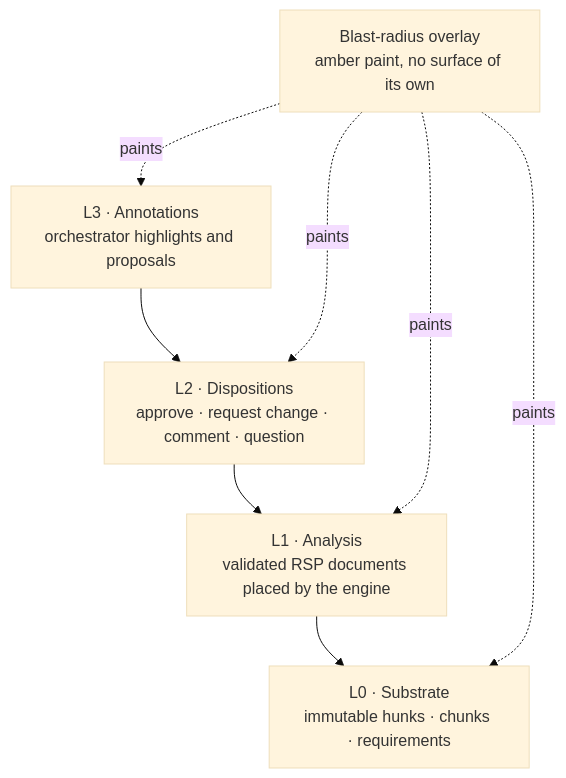
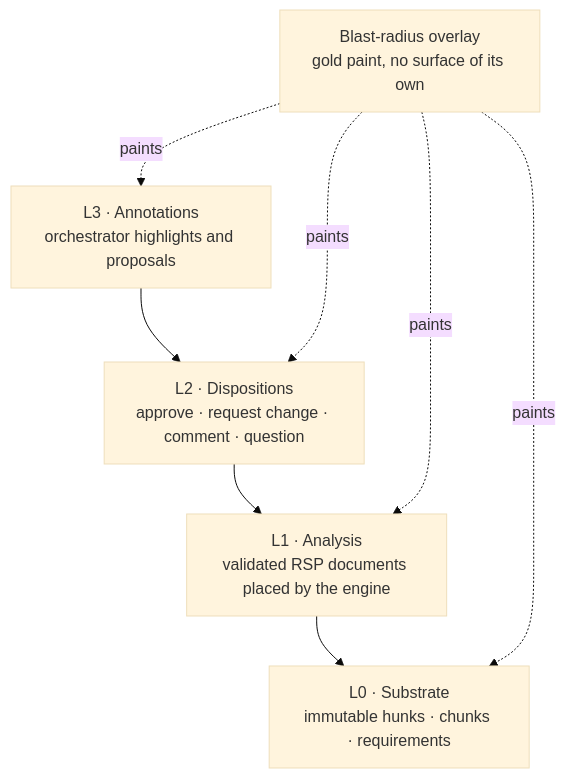
The first of 2 diagrams in docs/src/content/docs/developing/concepts/canvas-model.md (rbutera/Rennet), drawn with Mermaid (base theme) before and after one commit. The commit also changed other lines of this file and 112 other files, not shown here.

````diff
--- a/docs/src/content/docs/developing/concepts/canvas-model.md
+++ b/docs/src/content/docs/developing/concepts/canvas-model.md
@@ -39,14 +39,14 @@
 ```mermaid
 flowchart TB
   l3["L3 · Annotations<br/>orchestrator highlights and proposals"]
   l2["L2 · Dispositions<br/>approve · request change · comment · question"]
   l1["L1 · Analysis<br/>validated RSP documents placed by the engine"]
   l0["L0 · Substrate<br/>immutable hunks · chunks · requirements"]
-  overlay["Blast-radius overlay<br/>amber paint, no surface of its own"]
+  overlay["Blast-radius overlay<br/>gold paint, no surface of its own"]
 
   l3 --> l2 --> l1 --> l0
   overlay -. paints .-> l3
   overlay -. paints .-> l2
   overlay -. paints .-> l1
   overlay -. paints .-> l0
 ```
````
